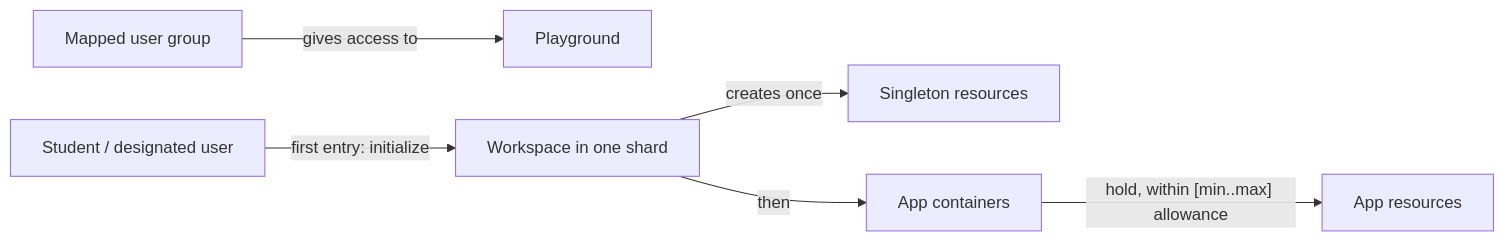
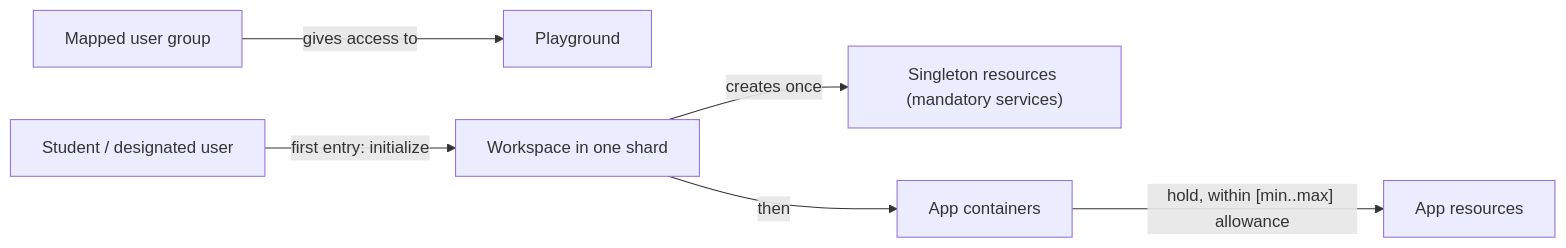
One commit to shankyram1912/crucible-learning-sandbox changed the fourth of 4 diagrams in specs/01-brs/brs-master.md. Above: the diagram before and after it, drawn with Mermaid. The commit also changed other lines of this file and 3 other files, not shown here.

````diff
--- a/specs/01-brs/brs-master.md
+++ b/specs/01-brs/brs-master.md
@@ -154,8 +156,8 @@
 ```mermaid
 flowchart LR
   SG["Mapped user group"] -->|"gives access to"| PG["Playground"]
   STU["Student / designated user"] -->|"first entry: initialize"| W["Workspace in one shard"]
-  W -->|"creates once"| SR["Singleton resources"]
+  W -->|"creates once"| SR["Singleton resources (mandatory services)"]
   W -->|"then"| AC["App containers"]
   AC -->|"hold, within [min..max] allowance"| AR["App resources"]
 ```
````
